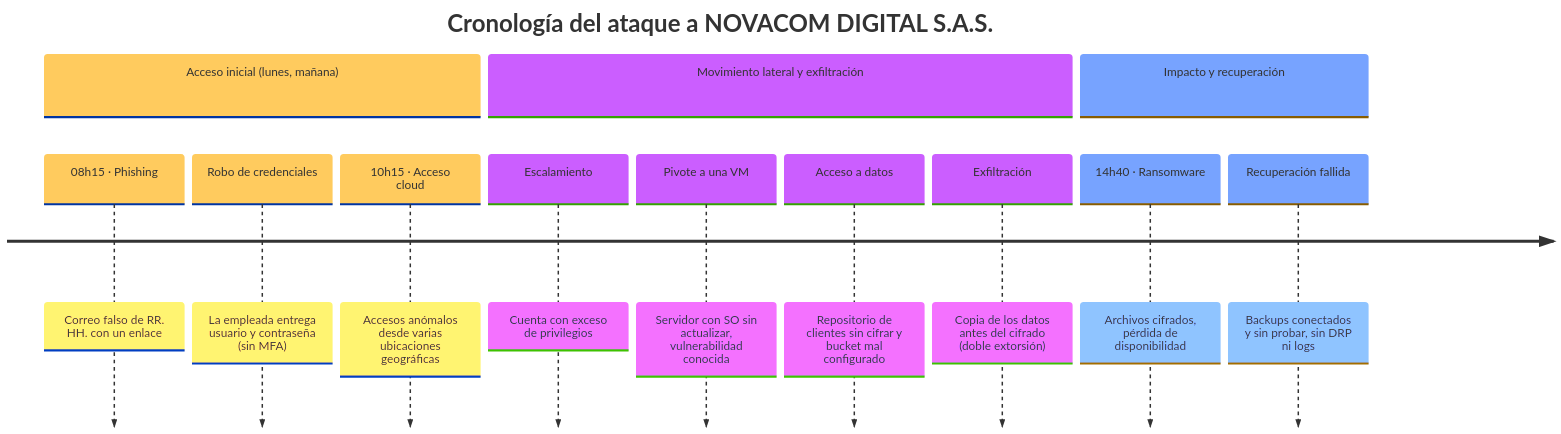
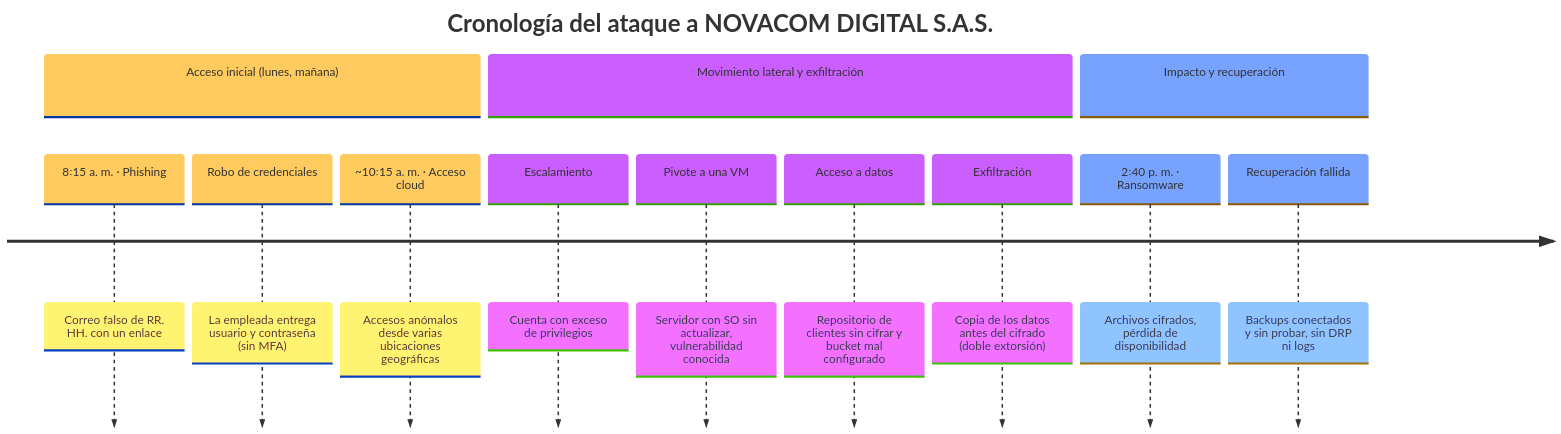
The diagram in Lab2/diagramas/01_linea_tiempo.mmd (EngineeringSebastian-s/Cybersecurity), drawn with Mermaid before and after one commit. The commit also changed 2 other files, not shown here.

```diff
--- a/Lab2/diagramas/01_linea_tiempo.mmd
+++ b/Lab2/diagramas/01_linea_tiempo.mmd
@@ -1,15 +1,15 @@
 %%{init: {'theme':'base','themeVariables':{'fontFamily':'Segoe UI, Arial','fontSize':'16px'}}}%%
 timeline
   title Cronología del ataque a NOVACOM DIGITAL S.A.S.
   section Acceso inicial (lunes, mañana)
-    08h15 · Phishing : Correo falso de RR. HH. con un enlace
+    8꞉15 a. m. · Phishing : Correo falso de RR. HH. con un enlace
     Robo de credenciales : La empleada entrega usuario y contraseña (sin MFA)
-    10h15 · Acceso cloud : Accesos anómalos desde varias ubicaciones geográficas
+    ~10꞉15 a. m. · Acceso cloud : Accesos anómalos desde varias ubicaciones geográficas
   section Movimiento lateral y exfiltración
     Escalamiento : Cuenta con exceso de privilegios
     Pivote a una VM : Servidor con SO sin actualizar, vulnerabilidad conocida
     Acceso a datos : Repositorio de clientes sin cifrar y bucket mal configurado
     Exfiltración : Copia de los datos antes del cifrado (doble extorsión)
   section Impacto y recuperación
-    14h40 · Ransomware : Archivos cifrados, pérdida de disponibilidad
+    2꞉40 p. m. · Ransomware : Archivos cifrados, pérdida de disponibilidad
     Recuperación fallida : Backups conectados y sin probar, sin DRP ni logs
```
